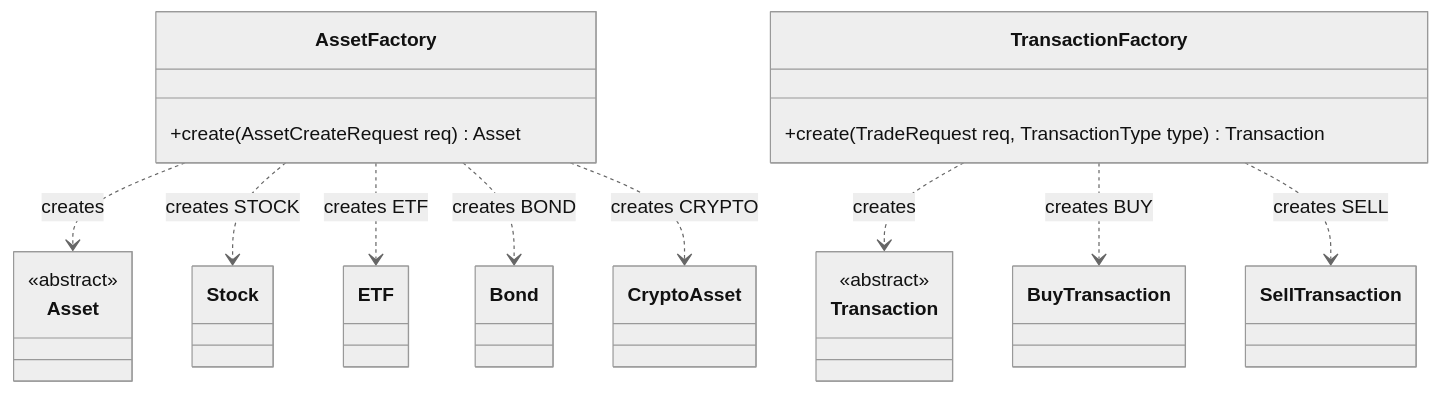
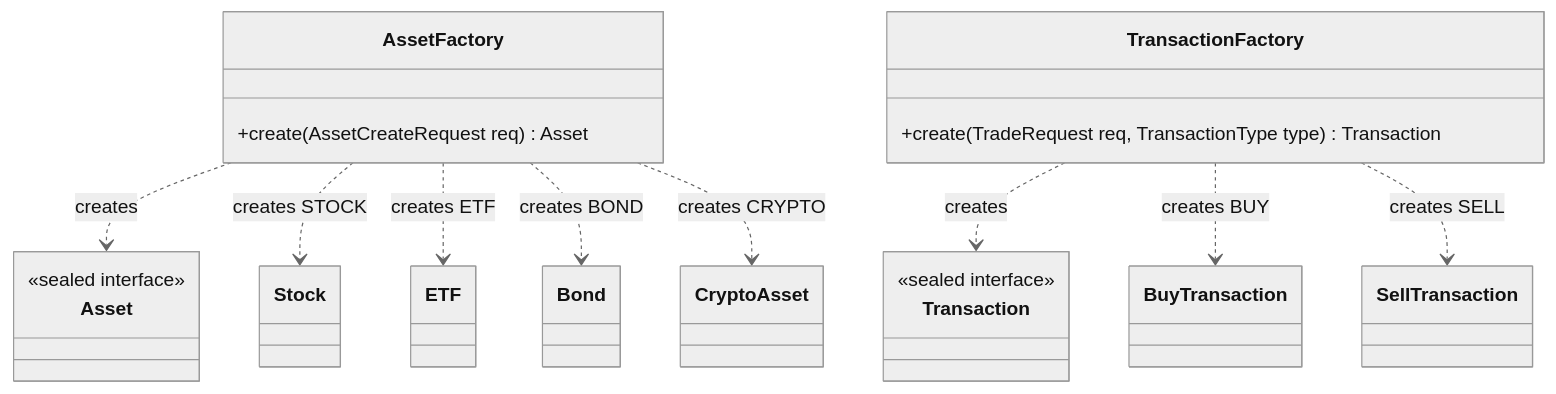
The seventh of 13 diagrams in uml.md (YasserDalali/joint-project), drawn with Mermaid (neutral theme) before and after one commit. The commit also changed other lines of this file and 247 other files, not shown here.

````diff
--- a/uml.md
+++ b/uml.md
@@ -444,28 +494,28 @@
 ```mermaid
 classDiagram
     class AssetFactory {
         +create(AssetCreateRequest req) Asset
     }
 
     class Asset {
-        <<abstract>>
+        <<sealed interface>>
     }
 
     AssetFactory ..> Asset : creates
     AssetFactory ..> Stock : creates STOCK
     AssetFactory ..> ETF : creates ETF
     AssetFactory ..> Bond : creates BOND
     AssetFactory ..> CryptoAsset : creates CRYPTO
 
     class TransactionFactory {
         +create(TradeRequest req, TransactionType type) Transaction
     }
 
     class Transaction {
-        <<abstract>>
+        <<sealed interface>>
     }
 
     TransactionFactory ..> Transaction : creates
     TransactionFactory ..> BuyTransaction : creates BUY
     TransactionFactory ..> SellTransaction : creates SELL
 ```
````
